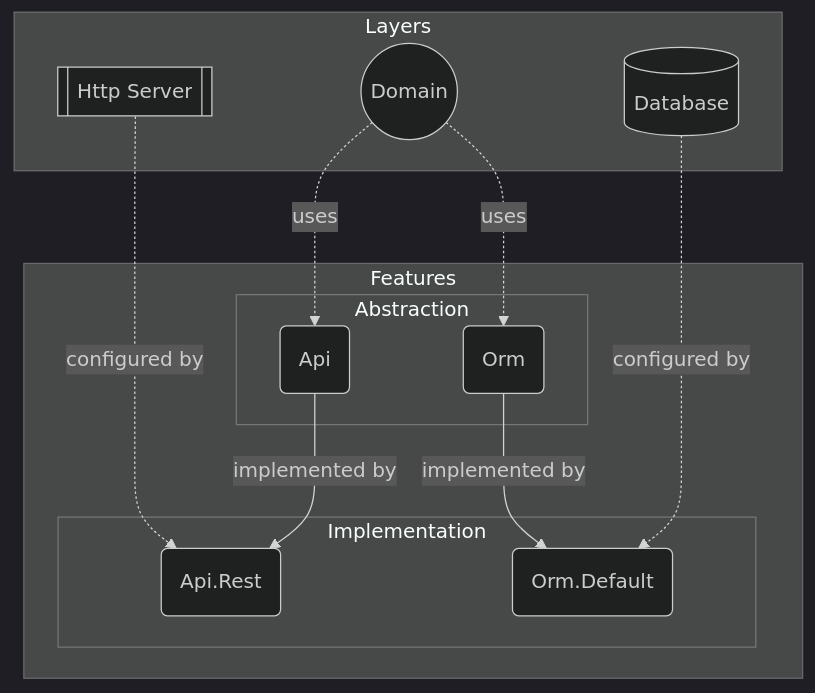
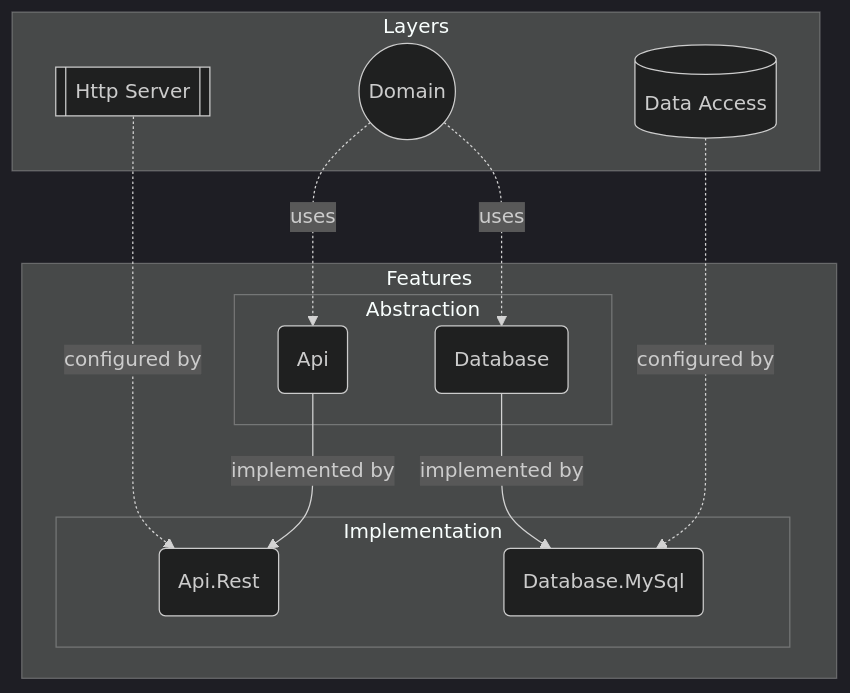
The fourth of 4 diagrams in docs/architecture/README.md (mouseless/baked), drawn with Mermaid (dark theme) before and after one commit. The commit also changed other lines of this file and 2 other files, not shown here.

Commit message:
fix architecture docs to fit actual names

````diff
--- a/docs/architecture/README.md
+++ b/docs/architecture/README.md
@@ -142,27 +142,27 @@
 ```mermaid
 flowchart TB
   subgraph Layers
     HS[[Http Server]]
     D((Domain))
-    DB[(Database)]
+    DA[(Data Access)]
   end
 
   subgraph Features
     subgraph Abstraction
       A(Api)
-      O(Orm)
+      Db(Database)
     end
 
     subgraph Implementation
       AR(Api.Rest)
-      OD(Orm.Default)
+      DbM(Database.MySql)
     end
   end
 
   HS -.configured by.-> AR
   A --implemented by--> AR
   D -.uses.-> A
-  D -.uses.-> O
-  O --implemented by--> OD
-  DB -.configured by.-> OD
+  D -.uses.-> Db
+  Db --implemented by--> DbM
+  DA -.configured by.-> DbM
 ```
````
